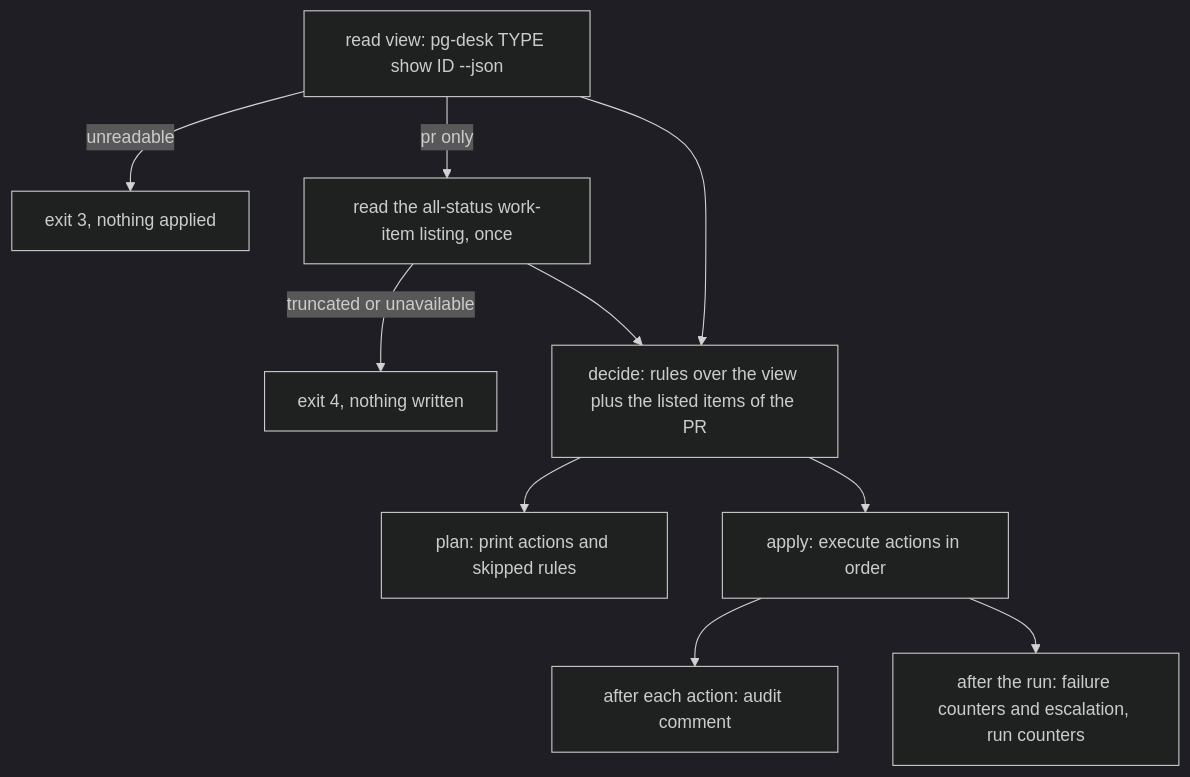
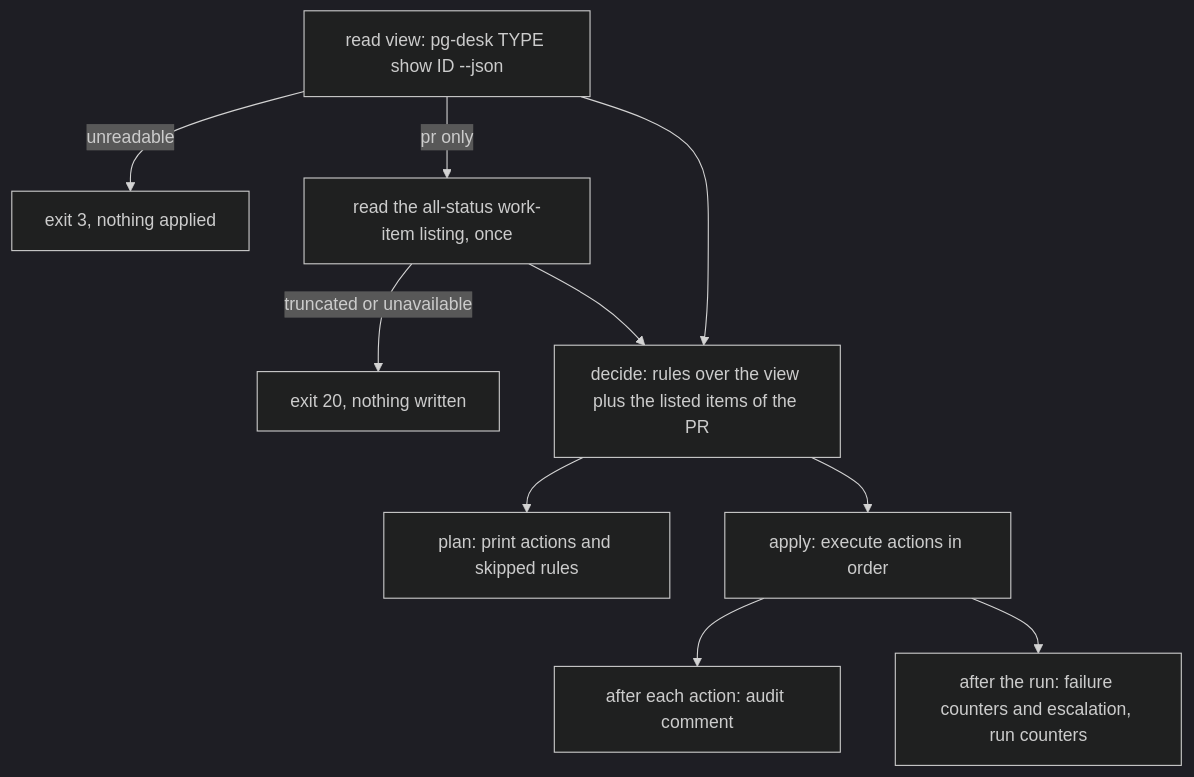
Before and after one commit to phillipgreenii/nix-agent-support: the diagram in docs/behavior/pg-decider/plan-and-apply.md, drawn with Mermaid (dark theme). The commit also changed other lines of this file and 38 other files, not shown here.

````diff
--- a/docs/behavior/pg-decider/plan-and-apply.md
+++ b/docs/behavior/pg-decider/plan-and-apply.md
@@ -16,12 +16,12 @@
 ```mermaid
 flowchart TD
     V["read view: pg-desk TYPE show ID --json"] -->|"unreadable"| X3["exit 3, nothing applied"]
     V -->|"pr only"| L["read the all-status work-item listing, once"]
-    L -->|"truncated or unavailable"| X4["exit 4, nothing written"]
+    L -->|"truncated or unavailable"| X4["exit 20, nothing written"]
     L --> D
     V --> D["decide: rules over the view plus the listed items of the PR"]
     D --> PL["plan: print actions and skipped rules"]
     D --> AP["apply: execute actions in order"]
     AP --> H["after each action: audit comment"]
     AP --> F["after the run: failure counters and escalation, run counters"]
 ```
````
